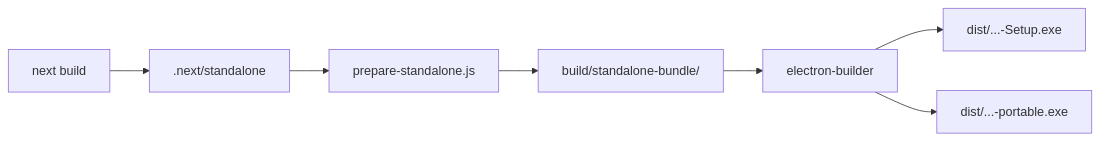
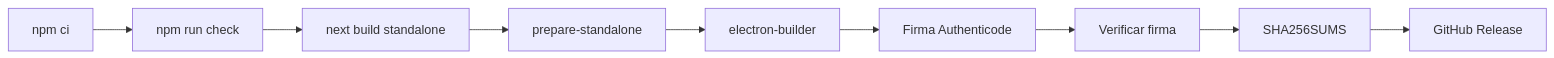
One commit to Zambudio/Dashboard_Uso_APIs changed the diagram in Docs/PACKAGING.md. Above: the diagram before and after it, drawn with Mermaid. The commit also changed other lines of this file and 61 other files, not shown here.

````diff
--- a/Docs/PACKAGING.md
+++ b/Docs/PACKAGING.md
@@ -105,9 +17,11 @@
 ```mermaid
 flowchart LR
-    A[next build] --> B[.next/standalone]
-    B --> C[prepare-standalone.js]
-    C --> D[build/standalone-bundle/]
-    D --> E[electron-builder]
-    E --> F[dist/...-Setup.exe]
-    E --> G[dist/...-portable.exe]
+  A[npm ci] --> B[npm run check]
+  B --> C[next build standalone]
+  C --> D[prepare-standalone]
+  D --> E[electron-builder]
+  E --> F[Firma Authenticode]
+  F --> G[Verificar firma]
+  G --> H[SHA256SUMS]
+  H --> I[GitHub Release]
 ```
````
